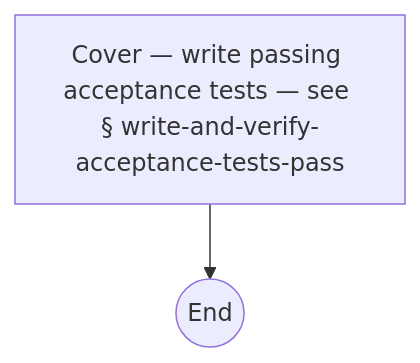
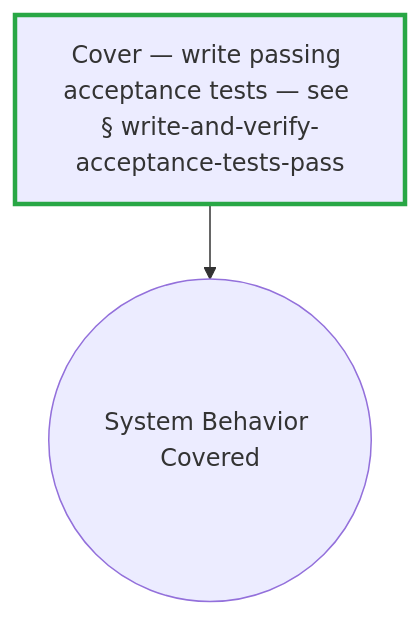
The ninth of 50 diagrams in docs/process-diagram.md (optivem/gh-optivem), drawn with Mermaid before and after one commit. The commit also changed other lines of this file and 5 other files, not shown here.

````diff
--- a/docs/process-diagram.md
+++ b/docs/process-diagram.md
@@ -195,7 +224,10 @@
 ```mermaid
 flowchart TD
-    COVER_END((End))
+    COVER_END((System Behavior Covered))
     WRITE_AND_VERIFY_ACCEPTANCE_TESTS_PASS[Cover — write passing acceptance tests — see § write-and-verify-acceptance-tests-pass]
 
     WRITE_AND_VERIFY_ACCEPTANCE_TESTS_PASS --> COVER_END
+
+    classDef tddGreenNode stroke:#28a745,stroke-width:3px
+    class WRITE_AND_VERIFY_ACCEPTANCE_TESTS_PASS tddGreenNode
 ```
````
